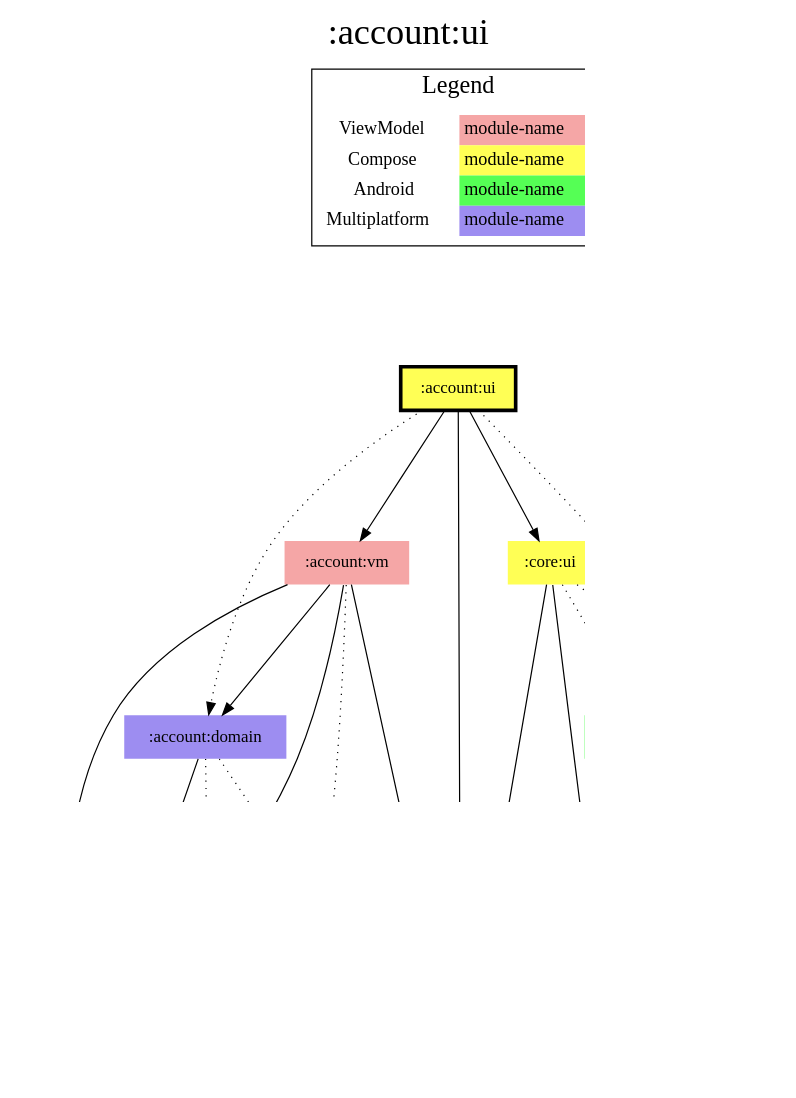
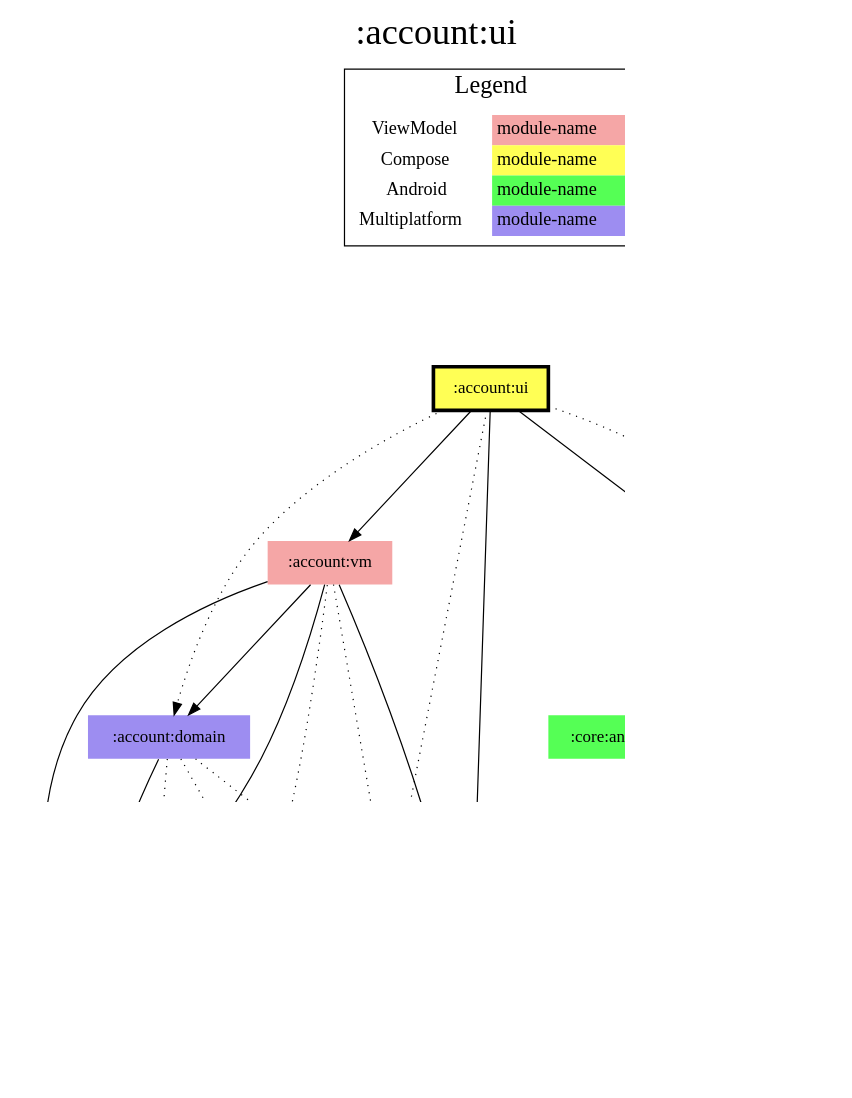
One commit to jonapoul/aktual changed the diagram in modules/account/ui/modules.dot. Above: the diagram before and after it, drawn with Graphviz. The commit also changed 102 other files, not shown here.

```diff
--- a/modules/account/ui/modules.dot
+++ b/modules/account/ui/modules.dot
@@ -1,57 +1,61 @@
 digraph {
 edge ["dir"="forward"]
 graph ["dpi"="100","label"=":account:ui","labelloc"="t","fontsize"="30","ranksep"="1.5","rankdir"="TB"]
 node ["style"="filled"]
 ":account:domain" ["fillcolor"="#9D8DF1","shape"="none"]
 ":account:model" ["fillcolor"="#9D8DF1","shape"="none"]
 ":account:ui" ["fillcolor"="#FFFF55","color"="black","penwidth"="3","shape"="box"]
 ":account:vm" ["fillcolor"="#F5A6A6","shape"="none"]
 ":api:actual" ["fillcolor"="#9D8DF1","shape"="none"]
 ":budget:model" ["fillcolor"="#9D8DF1","shape"="none"]
 ":codegen:annotation" ["fillcolor"="#9D8DF1","shape"="none"]
 ":core:android" ["fillcolor"="#55FF55","shape"="none"]
 ":core:model" ["fillcolor"="#9D8DF1","shape"="none"]
 ":core:ui" ["fillcolor"="#FFFF55","shape"="none"]
 ":l10n" ["fillcolor"="#9D8DF1","shape"="none"]
+":logging" ["fillcolor"="#9D8DF1","shape"="none"]
 ":prefs" ["fillcolor"="#9D8DF1","shape"="none"]
 {
 edge ["dir"="none"]
 graph ["rank"="same"]
 ":account:ui"
 }
 ":account:domain" -> ":account:model"
 ":account:domain" -> ":api:actual" ["style"="dotted"]
+":account:domain" -> ":logging" ["style"="dotted"]
 ":account:domain" -> ":prefs" ["style"="dotted"]
 ":account:ui" -> ":account:domain" ["style"="dotted"]
 ":account:ui" -> ":account:vm"
 ":account:ui" -> ":core:model"
 ":account:ui" -> ":core:ui"
 ":account:ui" -> ":l10n" ["style"="dotted"]
+":account:ui" -> ":logging" ["style"="dotted"]
 ":account:vm" -> ":account:domain"
 ":account:vm" -> ":account:model"
 ":account:vm" -> ":api:actual" ["style"="dotted"]
 ":account:vm" -> ":core:model"
+":account:vm" -> ":logging" ["style"="dotted"]
 ":account:vm" -> ":prefs"
 ":api:actual" -> ":account:model"
 ":api:actual" -> ":budget:model"
 ":api:actual" -> ":codegen:annotation" ["style"="dotted"]
 ":api:actual" -> ":core:model"
 ":core:ui" -> ":budget:model"
 ":core:ui" -> ":core:android" ["style"="dotted"]
 ":core:ui" -> ":core:model"
 ":core:ui" -> ":l10n" ["style"="dotted"]
 ":prefs" -> ":account:model"
 ":prefs" -> ":core:model"
 subgraph "cluster_legend" {
 edge ["dir"="none"]
 graph ["label"="Legend","fontsize"="20"]
 "Legend" ["style"="filled","fillcolor"="#FFFFFF","shape"="none","margin"="0","fontsize"="15","label"=<
 <TABLE BORDER="0" CELLBORDER="0" CELLSPACING="0" CELLPADDING="4">
 <TR><TD>ViewModel</TD><TD BGCOLOR="#F5A6A6">module-name</TD></TR>
 <TR><TD>Compose</TD><TD BGCOLOR="#FFFF55">module-name</TD></TR>
 <TR><TD>Android</TD><TD BGCOLOR="#55FF55">module-name</TD></TR>
 <TR><TD>Multiplatform</TD><TD BGCOLOR="#9D8DF1">module-name</TD></TR>
 </TABLE>
 >]
 } -> ":account:ui" ["style"="invis"]
 }
```
